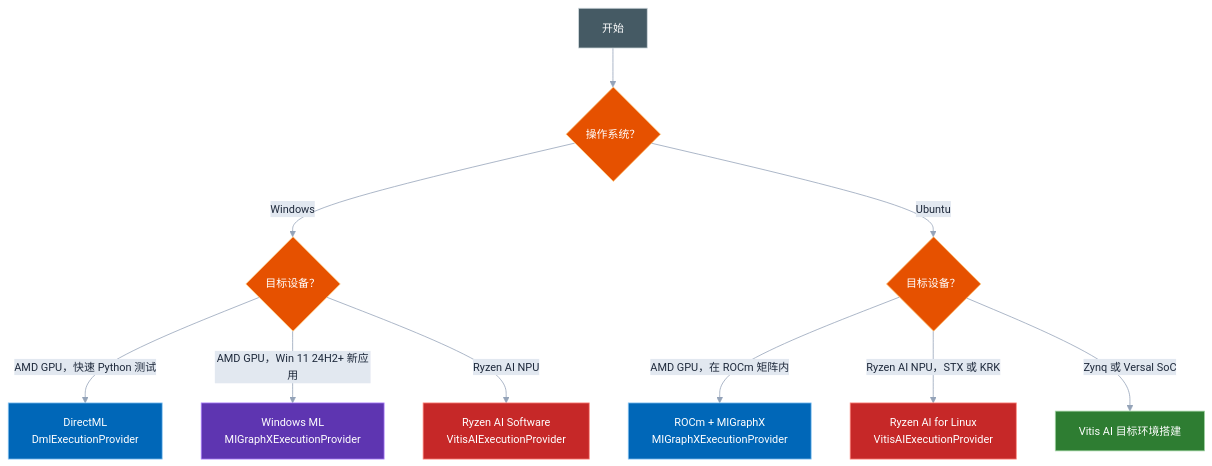
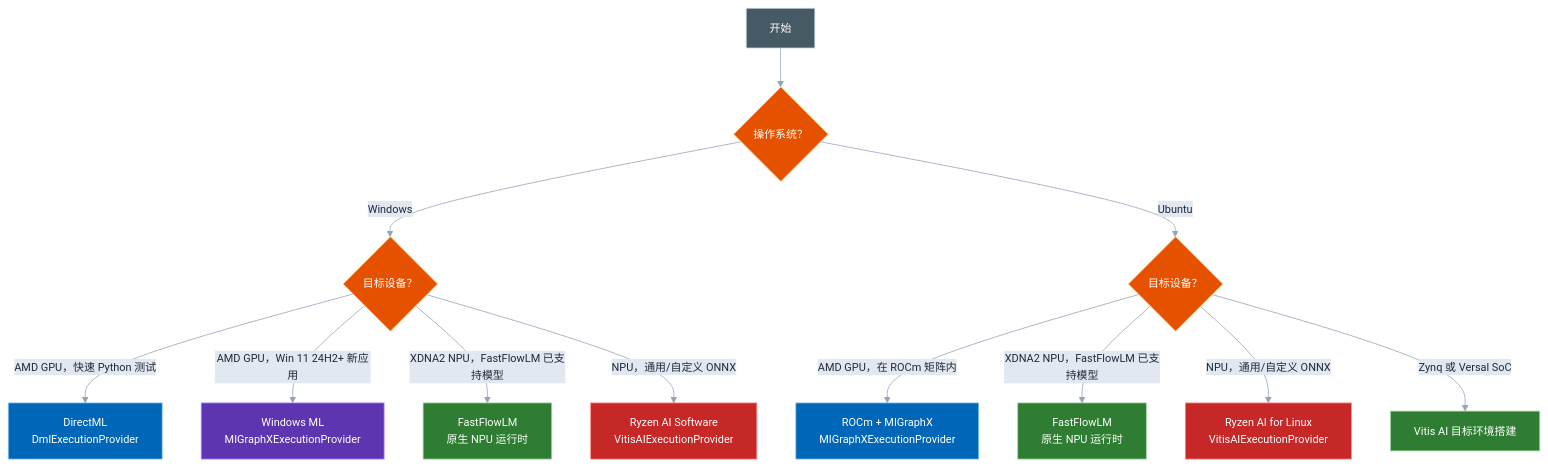
The second of 9 diagrams in AMD/README.zh-CN.md (DakeQQ/Tutorial-ONNX-Runtime-Execution-Providers), drawn with Mermaid before and after one commit. The commit also changed other lines of this file and 1 other file, not shown here.

````diff
--- a/AMD/README.zh-CN.md
+++ b/AMD/README.zh-CN.md
@@ -103,26 +139,30 @@
 ```mermaid
 %%{init: {"theme":"base","themeVariables":{"fontSize":"14px","lineColor":"#94a3b8","edgeLabelBackground":"#e2e8f0","primaryTextColor":"#1e293b"}}}%%
 flowchart TD
     A["开始"] --> B{"操作系统？"}
     B -->|Windows| C{"目标设备？"}
     B -->|Ubuntu| D{"目标设备？"}
 
     C -->|"AMD GPU，快速 Python 测试"| E["DirectML<br/>DmlExecutionProvider"]
     C -->|"AMD GPU，Win 11 24H2+ 新应用"| F["Windows ML<br/>MIGraphXExecutionProvider"]
-    C -->|"Ryzen AI NPU"| G["Ryzen AI Software<br/>VitisAIExecutionProvider"]
+    C -->|"XDNA2 NPU，FastFlowLM 已支持模型"| G["FastFlowLM<br/>原生 NPU 运行时"]
+    C -->|"NPU，通用/自定义 ONNX"| K["Ryzen AI Software<br/>VitisAIExecutionProvider"]
 
     D -->|"AMD GPU，在 ROCm 矩阵内"| H["ROCm + MIGraphX<br/>MIGraphXExecutionProvider"]
-    D -->|"Ryzen AI NPU，STX 或 KRK"| I["Ryzen AI for Linux<br/>VitisAIExecutionProvider"]
+    D -->|"XDNA2 NPU，FastFlowLM 已支持模型"| I["FastFlowLM<br/>原生 NPU 运行时"]
+    D -->|"NPU，通用/自定义 ONNX"| L["Ryzen AI for Linux<br/>VitisAIExecutionProvider"]
     D -->|"Zynq 或 Versal SoC"| J["Vitis AI 目标环境搭建"]
 
     style A fill:#455a64,stroke:#cfd8dc,color:#ffffff
     style B fill:#e65100,stroke:#ffcc80,color:#ffffff
     style C fill:#e65100,stroke:#ffcc80,color:#ffffff
     style D fill:#e65100,stroke:#ffcc80,color:#ffffff
     style E fill:#0067b8,stroke:#8dc8f4,color:#ffffff
     style F fill:#5e35b1,stroke:#b388ff,color:#ffffff
-    style G fill:#c62828,stroke:#ff8a80,color:#ffffff
+    style G fill:#2e7d32,stroke:#a5d6a7,color:#ffffff
     style H fill:#0067b8,stroke:#8dc8f4,color:#ffffff
-    style I fill:#c62828,stroke:#ff8a80,color:#ffffff
+    style I fill:#2e7d32,stroke:#a5d6a7,color:#ffffff
     style J fill:#2e7d32,stroke:#a5d6a7,color:#ffffff
+    style K fill:#c62828,stroke:#ff8a80,color:#ffffff
+    style L fill:#c62828,stroke:#ff8a80,color:#ffffff
 ```
````
